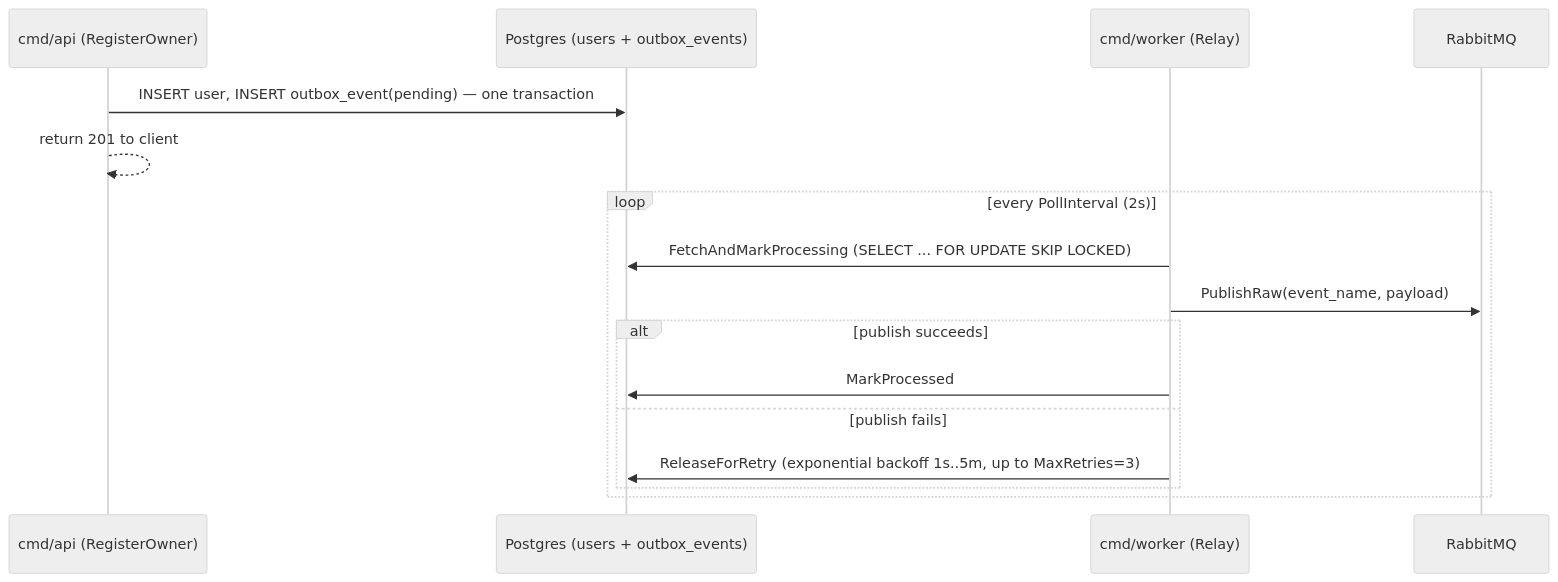
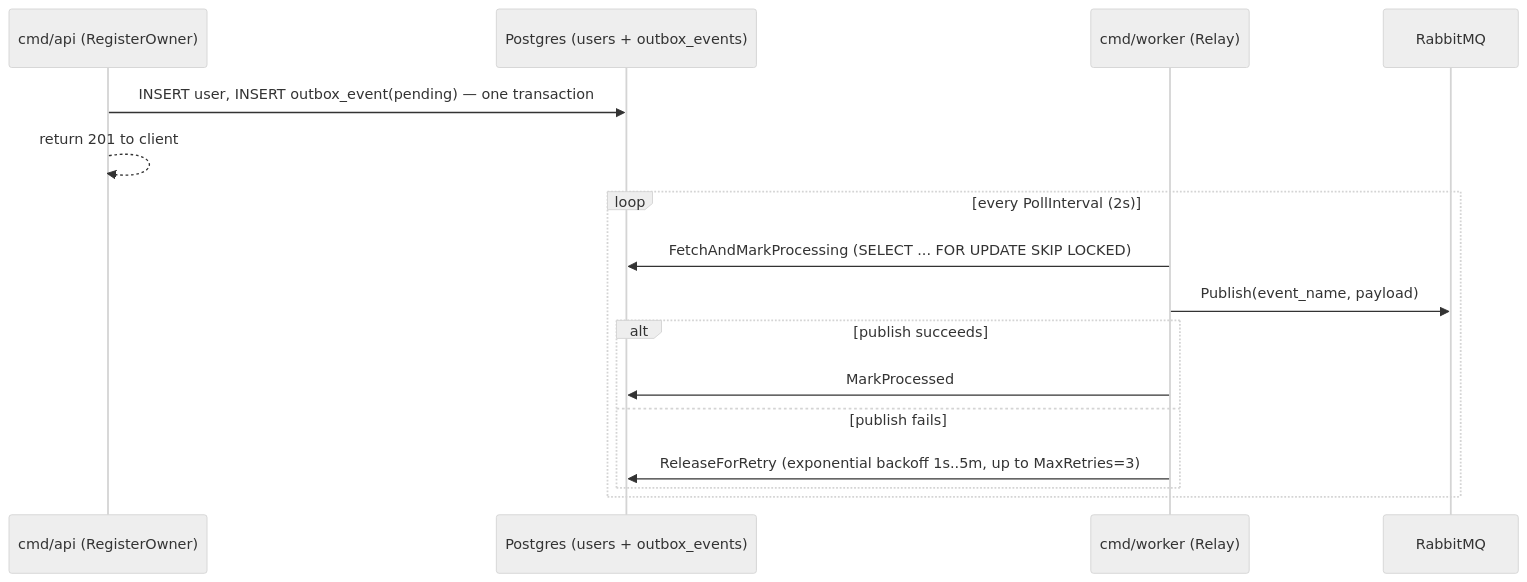
The diagram in docs/services/identity.md (tarique-iqbal/pizza-marketplace), drawn with Mermaid (neutral theme) before and after one commit. The commit also changed other lines of this file and 5 other files, not shown here.

````diff
--- a/docs/services/identity.md
+++ b/docs/services/identity.md
@@ -94,19 +95,19 @@
 ```mermaid
 sequenceDiagram
     participant API as cmd/api (RegisterOwner)
     participant DB as Postgres (users + outbox_events)
     participant Worker as cmd/worker (Relay)
     participant MQ as RabbitMQ
 
     API->>DB: INSERT user, INSERT outbox_event(pending) — one transaction
     API-->>API: return 201 to client
     loop every PollInterval (2s)
         Worker->>DB: FetchAndMarkProcessing (SELECT ... FOR UPDATE SKIP LOCKED)
-        Worker->>MQ: PublishRaw(event_name, payload)
+        Worker->>MQ: Publish(event_name, payload)
         alt publish succeeds
             Worker->>DB: MarkProcessed
         else publish fails
             Worker->>DB: ReleaseForRetry (exponential backoff 1s..5m, up to MaxRetries=3)
         end
     end
 ```
````
